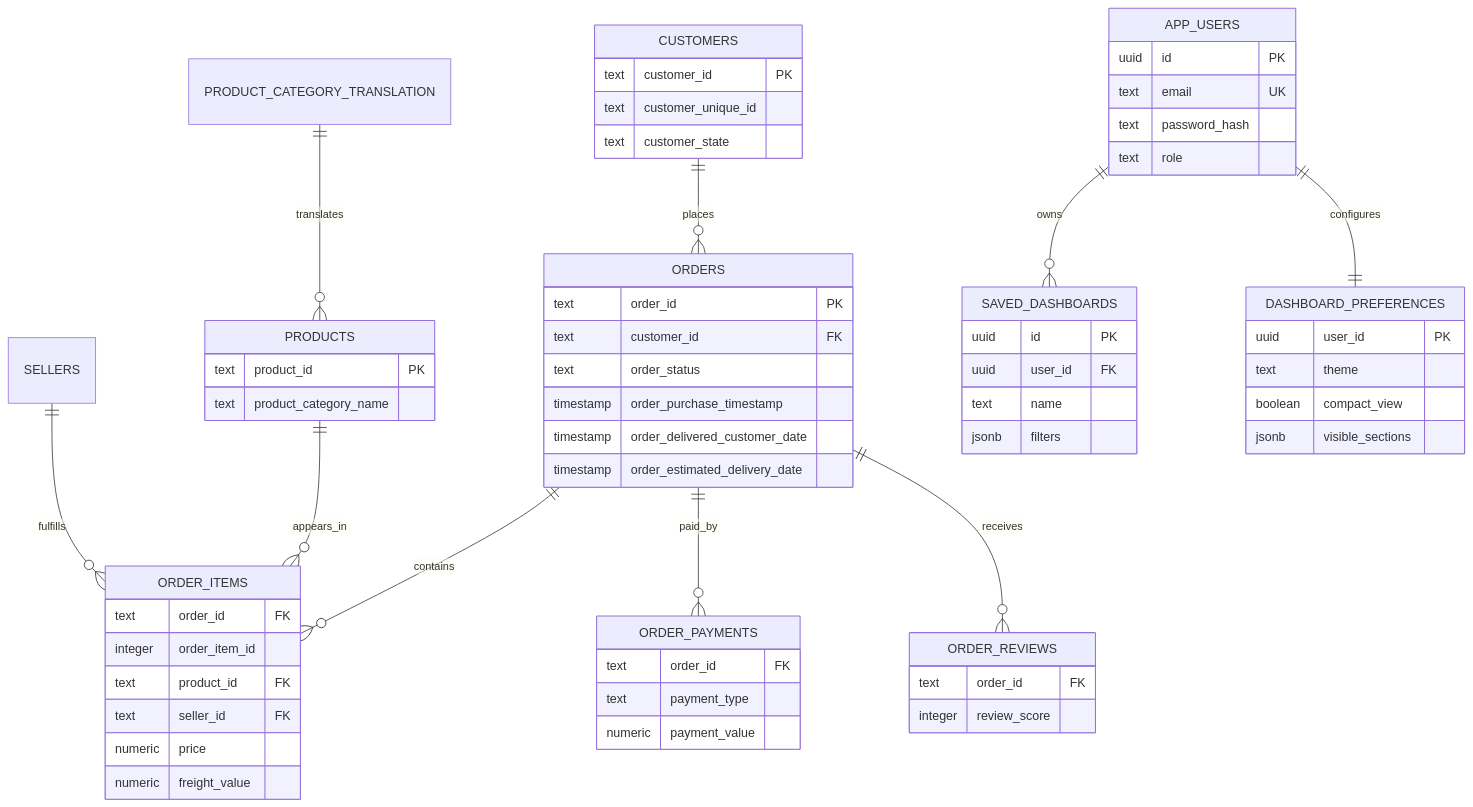
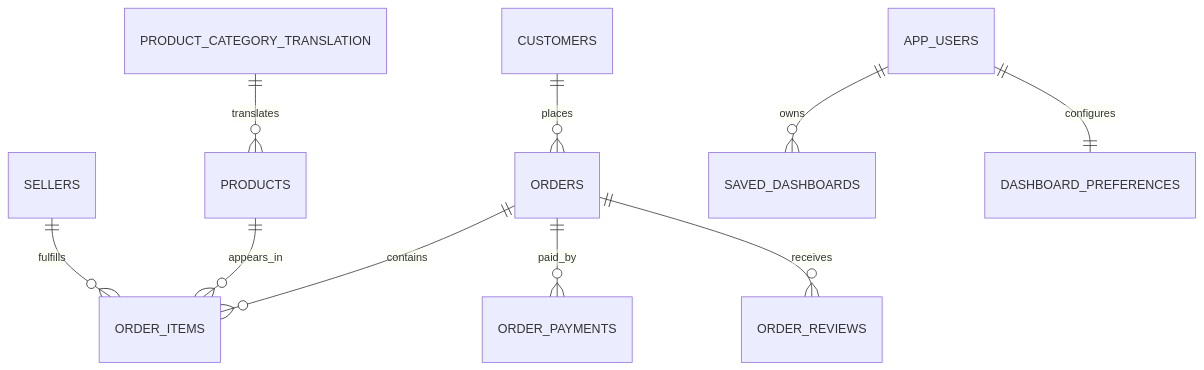
One commit to syzackerman/insightflow changed the second of 2 diagrams in README.md. Above: the diagram before and after it, drawn with Mermaid. The commit also changed other lines of this file, not shown here.

````diff
--- a/README.md
+++ b/README.md
@@ -101,74 +86,13 @@
 ```mermaid
 erDiagram
   CUSTOMERS ||--o{ ORDERS : places
   ORDERS ||--o{ ORDER_ITEMS : contains
   ORDERS ||--o{ ORDER_PAYMENTS : paid_by
   ORDERS ||--o{ ORDER_REVIEWS : receives
   PRODUCTS ||--o{ ORDER_ITEMS : appears_in
   SELLERS ||--o{ ORDER_ITEMS : fulfills
   PRODUCT_CATEGORY_TRANSLATION ||--o{ PRODUCTS : translates
 
   APP_USERS ||--o{ SAVED_DASHBOARDS : owns
   APP_USERS ||--|| DASHBOARD_PREFERENCES : configures
-
-  CUSTOMERS {
-    text customer_id PK
-    text customer_unique_id
-    text customer_state
-  }
-
-  ORDERS {
-    text order_id PK
-    text customer_id FK
-    text order_status
-    timestamp order_purchase_timestamp
-    timestamp order_delivered_customer_date
-    timestamp order_estimated_delivery_date
-  }
-
-  ORDER_ITEMS {
-    text order_id FK
-    integer order_item_id
-    text product_id FK
-    text seller_id FK
-    numeric price
-    numeric freight_value
-  }
-
-  ORDER_PAYMENTS {
-    text order_id FK
-    text payment_type
-    numeric payment_value
-  }
-
-  ORDER_REVIEWS {
-    text order_id FK
-    integer review_score
-  }
-
-  PRODUCTS {
-    text product_id PK
-    text product_category_name
-  }
-
-  APP_USERS {
-    uuid id PK
-    text email UK
-    text password_hash
-    text role
-  }
-
-  SAVED_DASHBOARDS {
-    uuid id PK
-    uuid user_id FK
-    text name
-    jsonb filters
-  }
-
-  DASHBOARD_PREFERENCES {
-    uuid user_id PK
-    text theme
-    boolean compact_view
-    jsonb visible_sections
-  }
 ```
````
